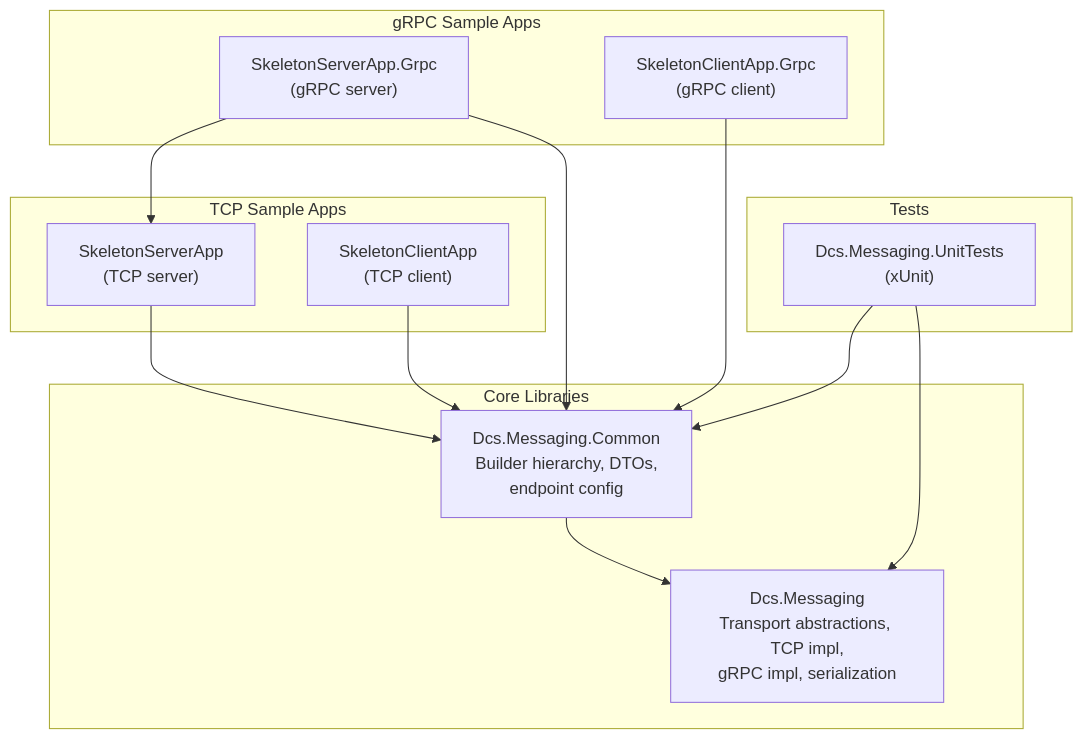
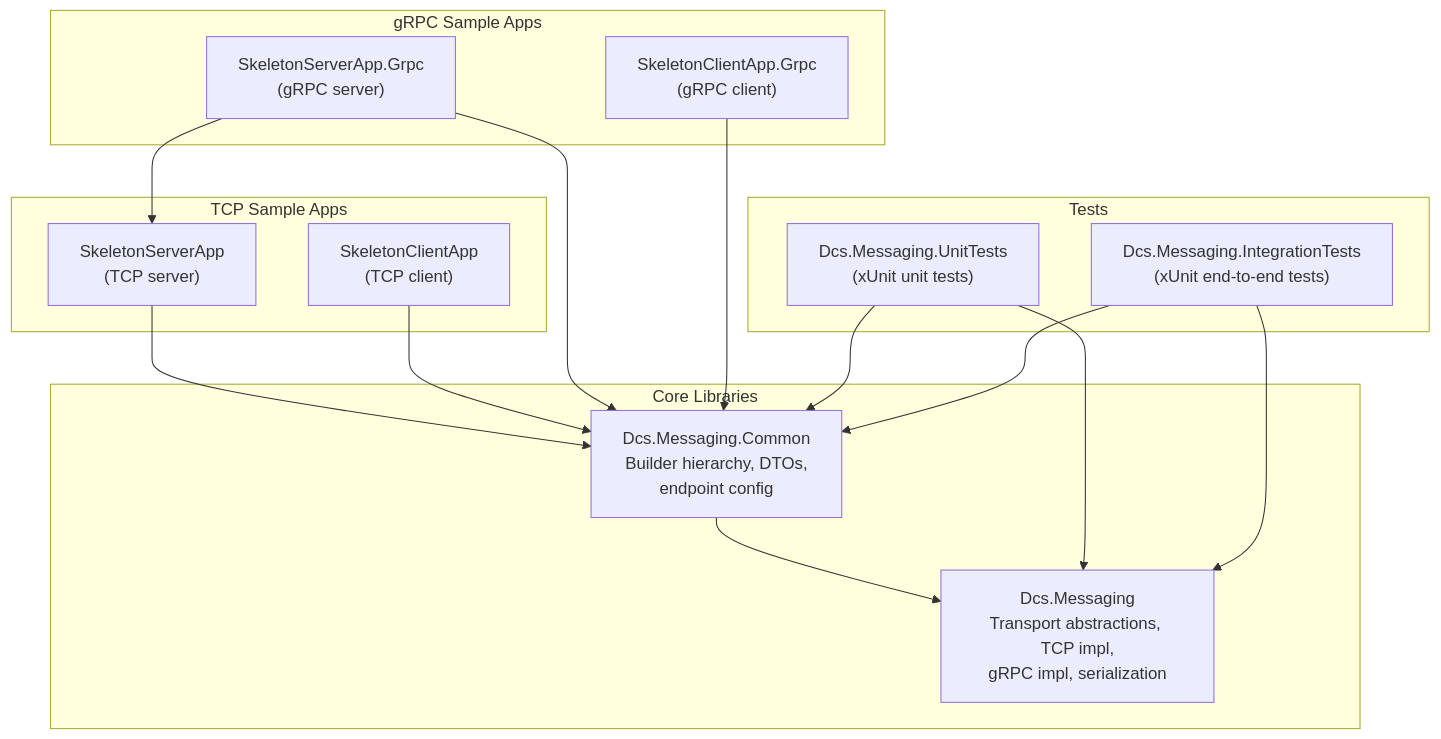
Before and after one commit to jeanhibbert/Dcs.RabbitMq: the diagram in docs/README.md, drawn with Mermaid. The commit also changed other lines of this file and 39 other files, not shown here.

````diff
--- a/docs/README.md
+++ b/docs/README.md
@@ -18,30 +18,33 @@
 ```mermaid
 graph TD
     subgraph core [Core Libraries]
         MSG["Dcs.Messaging<br/>Transport abstractions, TCP impl,<br/>gRPC impl, serialization"]
         CMN["Dcs.Messaging.Common<br/>Builder hierarchy, DTOs,<br/>endpoint config"]
     end
 
     subgraph tcpApps [TCP Sample Apps]
         TSRV["SkeletonServerApp<br/>(TCP server)"]
         TCLI["SkeletonClientApp<br/>(TCP client)"]
     end
 
     subgraph grpcApps [gRPC Sample Apps]
         GSRV["SkeletonServerApp.Grpc<br/>(gRPC server)"]
         GCLI["SkeletonClientApp.Grpc<br/>(gRPC client)"]
     end
 
     subgraph tests [Tests]
-        UT["Dcs.Messaging.UnitTests<br/>(xUnit)"]
+        UT["Dcs.Messaging.UnitTests<br/>(xUnit unit tests)"]
+        IT["Dcs.Messaging.IntegrationTests<br/>(xUnit end-to-end tests)"]
     end
 
     CMN --> MSG
     TSRV --> CMN
     TCLI --> CMN
     GSRV --> CMN
     GSRV --> TSRV
     GCLI --> CMN
     UT --> CMN
     UT --> MSG
+    IT --> CMN
+    IT --> MSG
 ```
````
